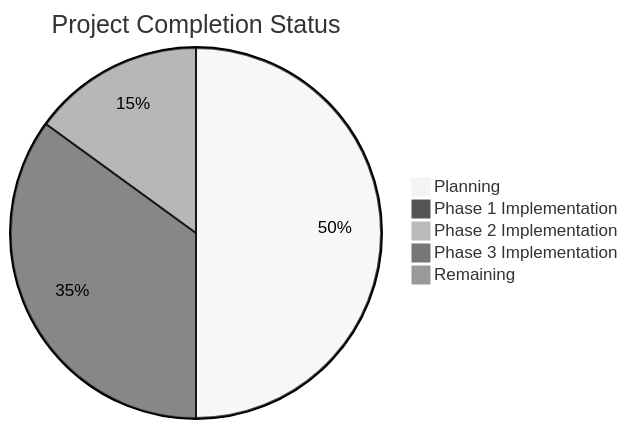
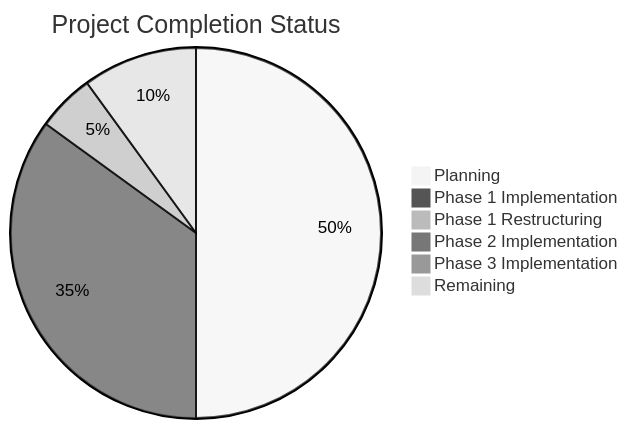
Before and after one commit to rsaiprasad/chessvision: the diagram in memory-bank/progress.md, drawn with Mermaid (neutral theme). The commit also changed other lines of this file and 24 other files, not shown here.

````diff
--- a/memory-bank/progress.md
+++ b/memory-bank/progress.md
@@ -5,8 +5,9 @@
 ```mermaid
 pie title Project Completion Status
     "Planning" : 100
     "Phase 1 Implementation" : 70
+    "Phase 1 Restructuring" : 10
     "Phase 2 Implementation" : 0
     "Phase 3 Implementation" : 0
-    "Remaining" : 30
+    "Remaining" : 20
 ```
````
